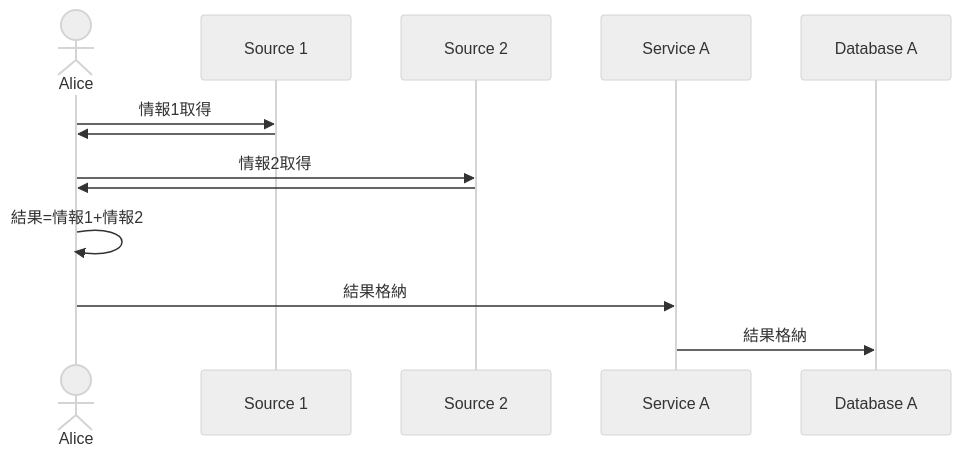
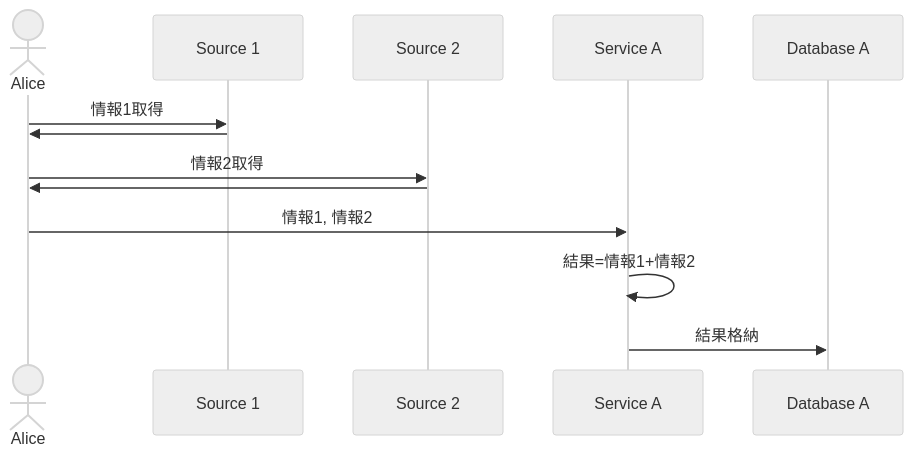
One commit to nota-ja/adventcalendar2022-memaid-example changed the diagram in sequence-example.md. Above: the diagram before and after it, drawn with Mermaid (neutral theme).

Commit message:
Sequence V1
クライアント側で計算を行う必要はないため，Service A 側で加算を実行するよう変更。

````diff
--- a/sequence-example.md
+++ b/sequence-example.md
@@ -1,16 +1,16 @@
 ```mermaid
 sequenceDiagram
     actor Alice
     participant Source 1
     participant Source 2
     participant Service A
     participant Database A
 
     Alice->>Source 1: 情報1取得
     Source 1->>Alice: 
     Alice->>Source 2: 情報2取得
     Source 2->>Alice: 
-    Alice->>Alice: 結果=情報1+情報2
-    Alice->>Service A: 結果格納
+    Alice->>Service A: 情報1, 情報2
+    Service A->>Service A: 結果=情報1+情報2
     Service A->>Database A: 結果格納
 ```
````
